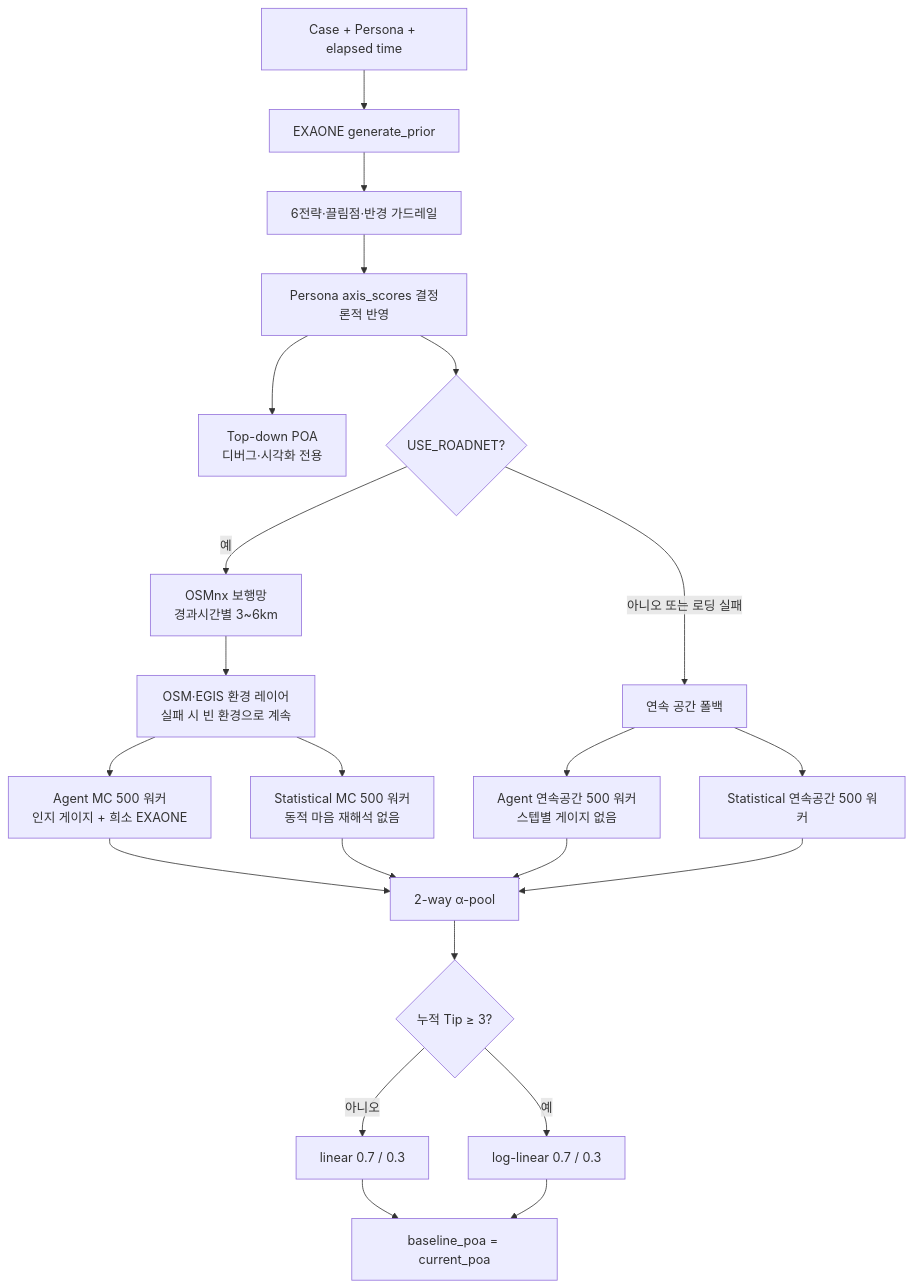
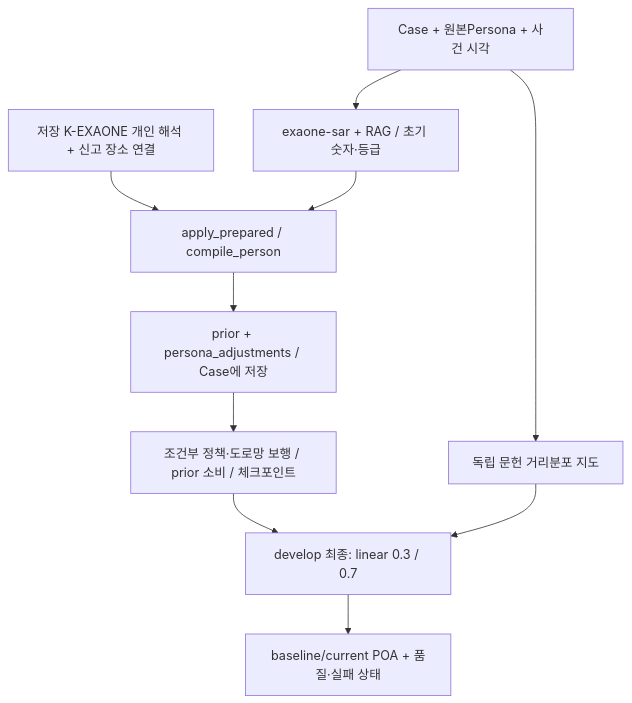
One commit to Donghaeng-AI-ROOKIE/Come-back-home changed the seventh of 12 diagrams in docs/IMPLEMENTATION_ARCHITECTURE.md. Above: the diagram before and after it, drawn with Mermaid. The commit also changed other lines of this file and 9 other files, not shown here.

Commit message:
docs: reconcile service E2E axis prior and Mini roles with deployed evidence

````diff
--- a/docs/IMPLEMENTATION_ARCHITECTURE.md
+++ b/docs/IMPLEMENTATION_ARCHITECTURE.md
@@ -408,27 +393,12 @@
 ```mermaid
 flowchart TD
-    IN["Case + Persona + elapsed time"] --> PRIOR["EXAONE generate_prior"]
-    PRIOR --> GUARD["6전략·끌림점·반경 가드레일"]
-    GUARD --> AXIS["Persona axis_scores 결정론적 반영"]
-
-    AXIS --> TD["Top-down POA<br/>디버그·시각화 전용"]
-    AXIS --> ROAD{"USE_ROADNET?"}
-    ROAD -- "예" --> NET["OSMnx 보행망<br/>경과시간별 3~6km"]
-    NET --> ENV["OSM·EGIS 환경 레이어<br/>실패 시 빈 환경으로 계속"]
-    ROAD -- "아니오 또는 로딩 실패" --> CONT["연속 공간 폴백"]
-
-    ENV --> AG["Agent MC 500 워커<br/>인지 게이지 + 희소 EXAONE"]
-    ENV --> ST["Statistical MC 500 워커<br/>동적 마음 재해석 없음"]
-    CONT --> AGC["Agent 연속공간 500 워커<br/>스텝별 게이지 없음"]
-    CONT --> STC["Statistical 연속공간 500 워커"]
-
-    AG --> POOL["2-way α-pool"]
-    ST --> POOL
-    AGC --> POOL
-    STC --> POOL
-    POOL --> MODE{"누적 Tip ≥ 3?"}
-    MODE -- "아니오" --> LIN["linear 0.7 / 0.3"]
-    MODE -- "예" --> LOG["log-linear 0.7 / 0.3"]
-    LIN --> SAVE["baseline_poa = current_poa"]
-    LOG --> SAVE
+    IN["Case + 원본Persona + 사건 시각"] --> SAR["exaone-sar + RAG / 초기 숫자·등급"]
+    SAVED["저장 K-EXAONE 개인 해석 + 신고 장소 연결"] --> CODE["apply_prepared / compile_person"]
+    SAR --> CODE
+    CODE --> PRIOR["prior + persona_adjustments / Case에 저장"]
+    PRIOR --> PERSONAL["조건부 정책·도로망 보행 / prior 소비 / 체크포인트"]
+    IN --> DIST["독립 문헌 거리분포 지도"]
+    PERSONAL --> MIX["develop 최종: linear 0.3 / 0.7"]
+    DIST --> MIX
+    MIX --> SAVE["baseline/current POA + 품질·실패 상태"]
 ```
````
